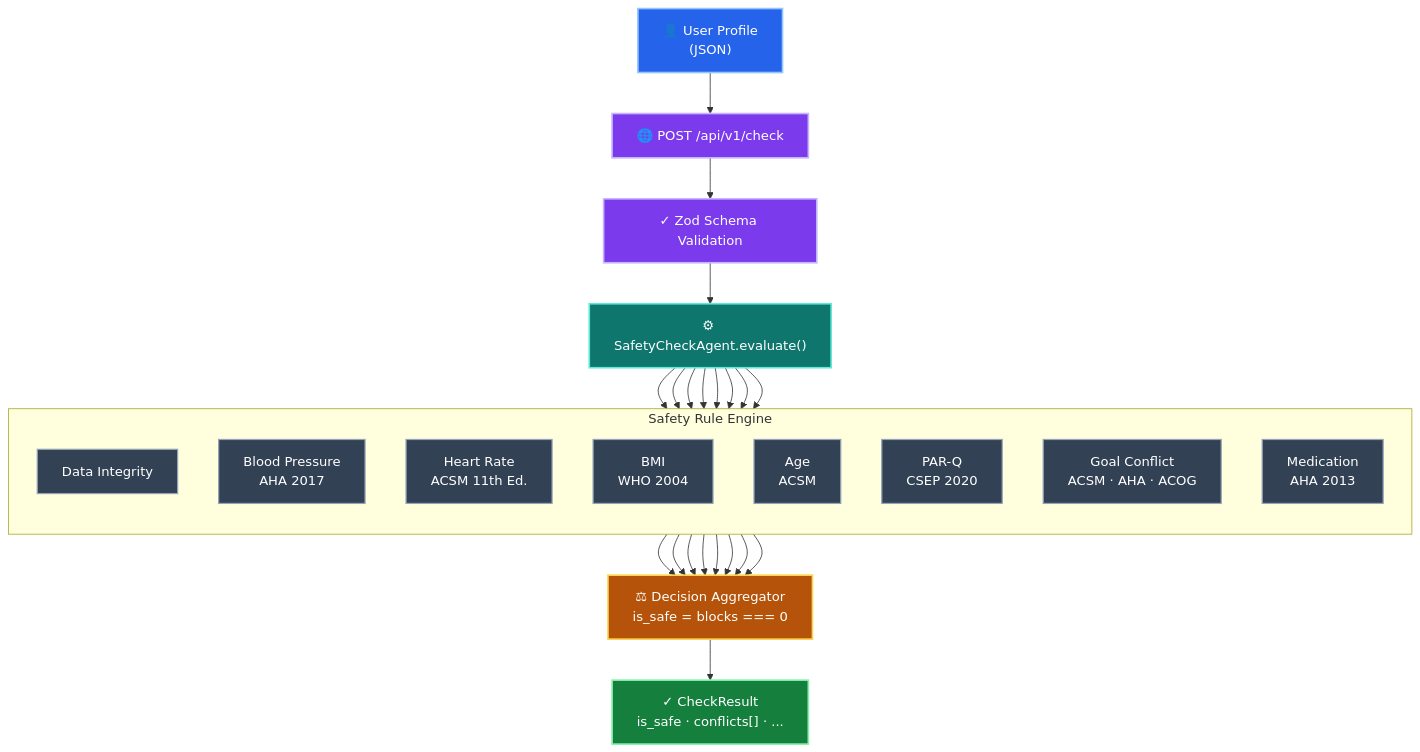
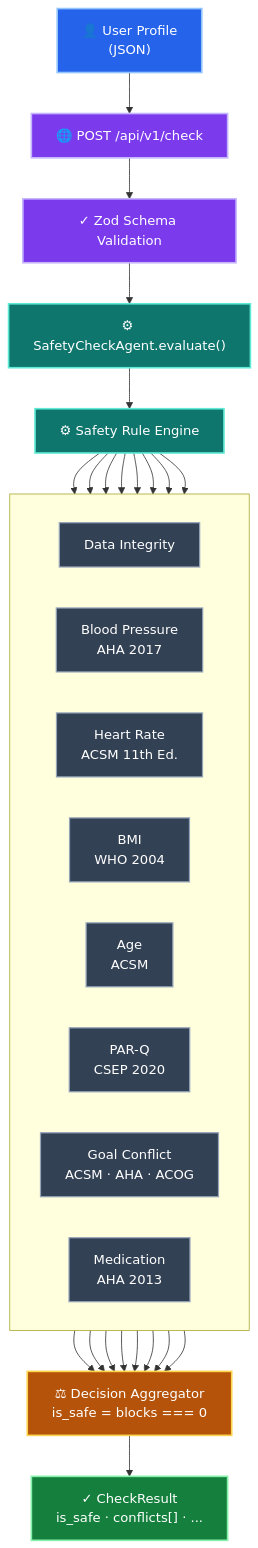
The diagram in README.md (ritam03/safety-check-agent), drawn with Mermaid before and after one commit.

Commit message:
Update Architecture Diagram

````diff
--- a/README.md
+++ b/README.md
@@ -76,59 +76,68 @@
 ```mermaid
 flowchart TB
 
     USER["👤 User Profile<br/>(JSON)"]
     API["🌐 POST /api/v1/check"]
     VALIDATE["✓ Zod Schema Validation"]
     AGENT["⚙ SafetyCheckAgent.evaluate()"]
 
     USER --> API
     API --> VALIDATE
     VALIDATE --> AGENT
 
-    subgraph RULES["Safety Rule Engine"]
-        direction TB
+    ENGINE["⚙ Safety Rule Engine"]
+
+    AGENT --> ENGINE
+
+    subgraph RULES[" "]
+        direction LR
         R1["Data Integrity"]
         R2["Blood Pressure<br/>AHA 2017"]
         R3["Heart Rate<br/>ACSM 11th Ed."]
         R4["BMI<br/>WHO 2004"]
         R5["Age<br/>ACSM"]
         R6["PAR-Q<br/>CSEP 2020"]
         R7["Goal Conflict<br/>ACSM · AHA · ACOG"]
         R8["Medication<br/>AHA 2013"]
     end
 
-    AGENT --> R1
-    AGENT --> R2
-    AGENT --> R3
-    AGENT --> R4
-    AGENT --> R5
-    AGENT --> R6
-    AGENT --> R7
-    AGENT --> R8
+    ENGINE --> R1
+    ENGINE --> R2
+    ENGINE --> R3
+    ENGINE --> R4
+    ENGINE --> R5
+    ENGINE --> R6
+    ENGINE --> R7
+    ENGINE --> R8
+
+    DECISION["⚖ Decision Aggregator<br/>is_safe = blocks === 0"]
 
     R1 --> DECISION
     R2 --> DECISION
     R3 --> DECISION
     R4 --> DECISION
     R5 --> DECISION
     R6 --> DECISION
     R7 --> DECISION
     R8 --> DECISION
 
-    DECISION["⚖ Decision Aggregator<br/>is_safe = blocks === 0"]
-    DECISION --> RESULT["✓ CheckResult<br/>is_safe · conflicts[] · ..."]
+    RESULT["✓ CheckResult<br/>is_safe · conflicts[] · ..."]
+
+    DECISION --> RESULT
 
     classDef input fill:#2563EB,stroke:#93C5FD,color:#FFFFFF,stroke-width:2px;
     classDef api fill:#7C3AED,stroke:#C4B5FD,color:#FFFFFF,stroke-width:2px;
     classDef agent fill:#0F766E,stroke:#5EEAD4,color:#FFFFFF,stroke-width:2px;
+    classDef engine fill:#0F766E,stroke:#5EEAD4,color:#FFFFFF,stroke-width:2px;
     classDef rule fill:#334155,stroke:#94A3B8,color:#FFFFFF,stroke-width:1.5px;
     classDef decision fill:#B45309,stroke:#FCD34D,color:#FFFFFF,stroke-width:2px;
     classDef result fill:#15803D,stroke:#86EFAC,color:#FFFFFF,stroke-width:2px;
 
     class USER input;
     class API,VALIDATE api;
     class AGENT agent;
+    class ENGINE engine;
     class R1,R2,R3,R4,R5,R6,R7,R8 rule;
     class DECISION decision;
     class RESULT result;
 ```
````
